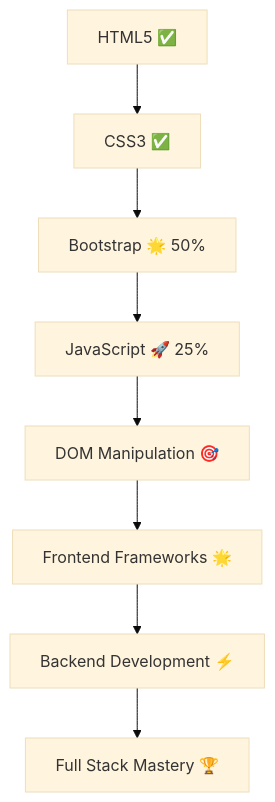
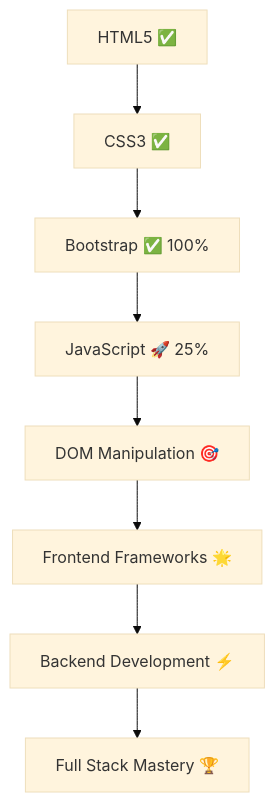
The diagram in README.md (MahmoudFawzy10/MahmoudFawzy10), drawn with Mermaid (base theme) before and after one commit. The commit also changed other lines of this file, not shown here.

````diff
--- a/README.md
+++ b/README.md
@@ -28,10 +28,10 @@
 ```mermaid
 graph TD;
   A[HTML5 ✅] --> B[CSS3 ✅];
-  B --> C[Bootstrap 🌟 50%];
+  B --> C[Bootstrap ✅ 100%];
   C --> D[JavaScript 🚀 25%];
   D --> E[DOM Manipulation 🎯];
   E --> F[Frontend Frameworks 🌟];
   F --> G[Backend Development ⚡];
   G --> H[Full Stack Mastery 🏆];
 ```
````
